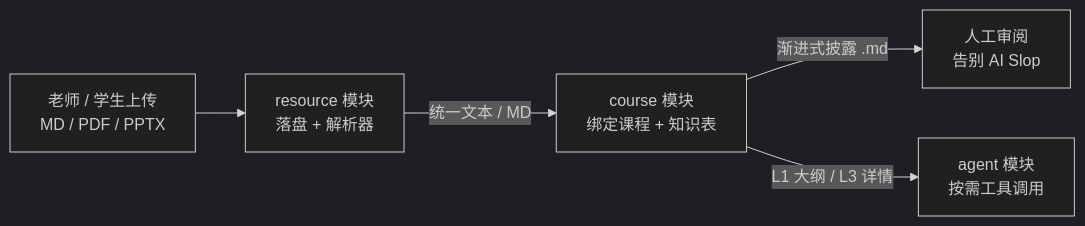
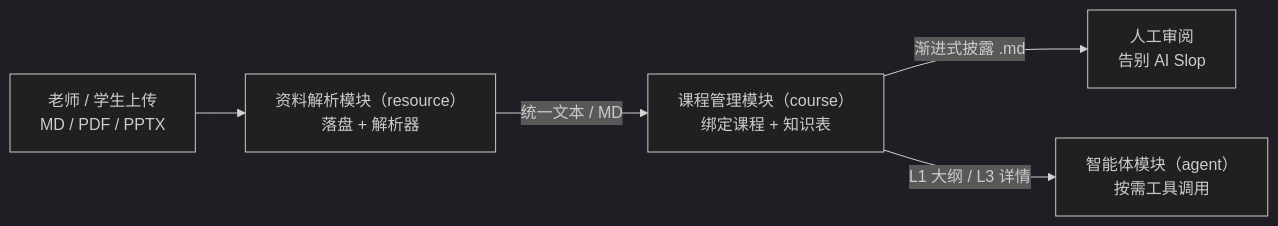
The diagram in PPT-Helper/decks/course-resource.md (rereareal/ta-new), drawn with Mermaid (dark theme) before and after one commit. The commit also changed other lines of this file and 2 other files, not shown here.

````diff
--- a/PPT-Helper/decks/course-resource.md
+++ b/PPT-Helper/decks/course-resource.md
@@ -46,7 +46,7 @@
 ```mermaid
 flowchart LR
-  U["老师 / 学生上传<br/>MD / PDF / PPTX"] --> R["resource 模块<br/>落盘 + 解析器"]
-  R -- "统一文本 / MD" --> C["course 模块<br/>绑定课程 + 知识表"]
+  U["老师 / 学生上传<br/>MD / PDF / PPTX"] --> R["资料解析模块（resource）<br/>落盘 + 解析器"]
+  R -- "统一文本 / MD" --> C["课程管理模块（course）<br/>绑定课程 + 知识表"]
   C -- "渐进式披露 .md" --> H["人工审阅<br/>告别 AI Slop"]
-  C -- "L1 大纲 / L3 详情" --> A["agent 模块<br/>按需工具调用"]
+  C -- "L1 大纲 / L3 详情" --> A["智能体模块（agent）<br/>按需工具调用"]
 ```
````
